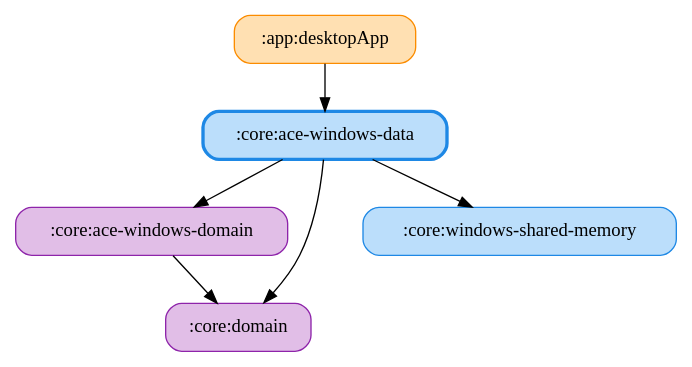
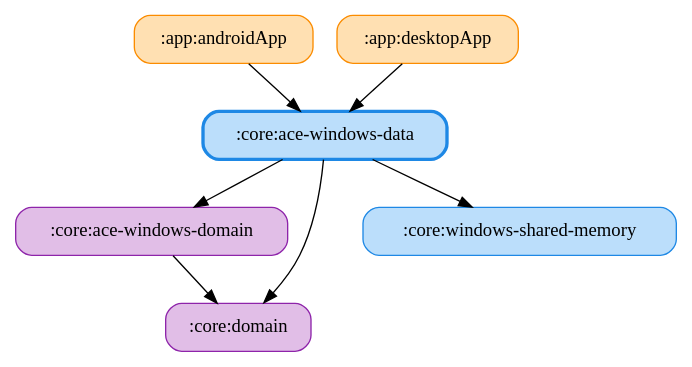
The diagram in docs/graphs/core-ace-windows-data.gv (ai-kurou/KoDriver), drawn with Graphviz before and after one commit. The commit also changed 5 other files, not shown here.

Commit message:
chore: update module graph images

```diff
--- a/docs/graphs/core-ace-windows-data.gv
+++ b/docs/graphs/core-ace-windows-data.gv
@@ -1,14 +1,16 @@
 digraph G {
   rankdir=TB
   node [shape=box, style="rounded,filled"]
+  ":app:androidApp" [fillcolor="#FFE0B2", color="#FB8C00", penwidth=1]
   ":app:desktopApp" [fillcolor="#FFE0B2", color="#FB8C00", penwidth=1]
   ":core:ace-windows-data" [fillcolor="#BBDEFB", color="#1E88E5", penwidth=2.5]
   ":core:ace-windows-domain" [fillcolor="#E1BEE7", color="#8E24AA", penwidth=1]
   ":core:domain" [fillcolor="#E1BEE7", color="#8E24AA", penwidth=1]
   ":core:windows-shared-memory" [fillcolor="#BBDEFB", color="#1E88E5", penwidth=1]
+  ":app:androidApp" -> ":core:ace-windows-data"
   ":app:desktopApp" -> ":core:ace-windows-data"
   ":core:ace-windows-data" -> ":core:domain"
   ":core:ace-windows-data" -> ":core:ace-windows-domain"
   ":core:ace-windows-data" -> ":core:windows-shared-memory"
   ":core:ace-windows-domain" -> ":core:domain"
 }
```
